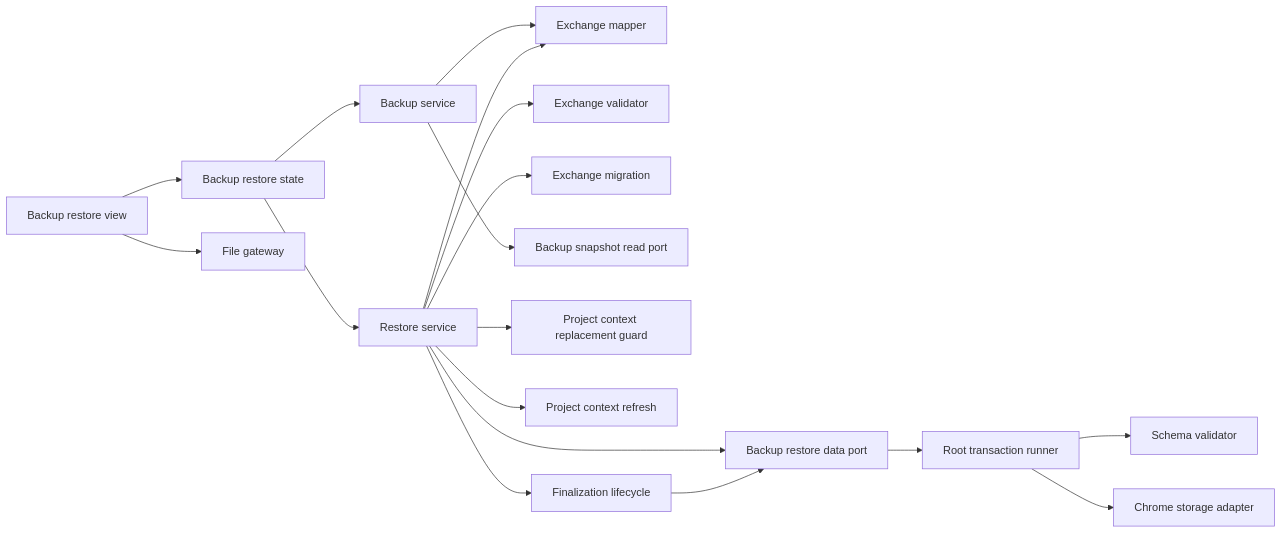
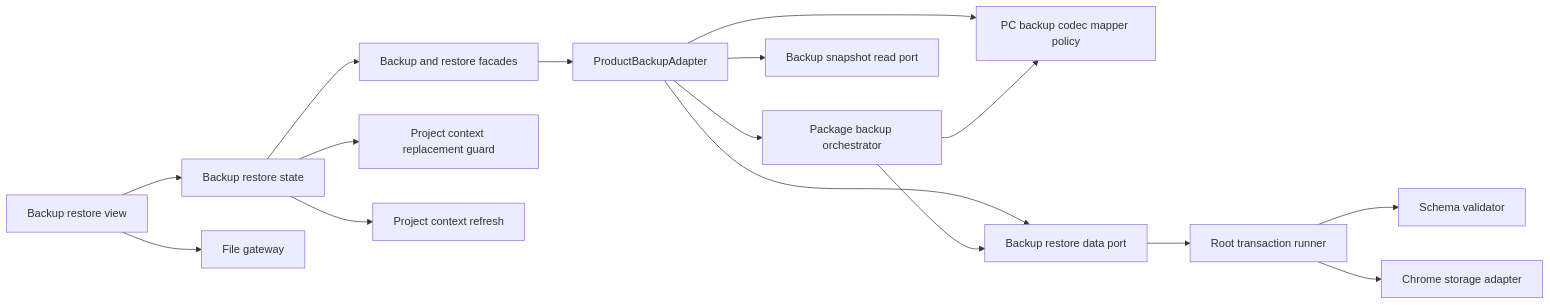
One commit to Huruikagi/pc-build-planner changed the first of 3 diagrams in .kiro/specs/backup-restore/design.md. Above: the diagram before and after it, drawn with Mermaid. The commit also changed other lines of this file and 85 other files, not shown here.

````diff
--- a/.kiro/specs/backup-restore/design.md
+++ b/.kiro/specs/backup-restore/design.md
@@ -86,20 +101,18 @@
 ```mermaid
 graph LR
     View[Backup restore view] --> State[Backup restore state]
     View --> File[File gateway]
-    State --> Export[Backup service]
-    State --> Restore[Restore service]
-    Export --> Mapper[Exchange mapper]
-    Restore --> Validator[Exchange validator]
-    Restore --> Migration[Exchange migration]
-    Restore --> Mapper
-    Export --> Snapshot[Backup snapshot read port]
-    Restore --> Guard[Project context replacement guard]
-    Restore --> Context[Project context refresh]
-    Restore --> Foundation[Backup restore data port]
-    Restore --> Finalize[Finalization lifecycle]
-    Finalize --> Foundation
+    State --> Facade[Backup and restore facades]
+    State --> Guard[Project context replacement guard]
+    State --> Context[Project context refresh]
+    Facade --> Adapter[ProductBackupAdapter]
+    Adapter --> Generic[Package backup orchestrator]
+    Adapter --> Codec[PC backup codec mapper policy]
+    Adapter --> Snapshot[Backup snapshot read port]
+    Adapter --> Foundation[Backup restore data port]
+    Generic --> Codec
+    Generic --> Foundation
     Foundation --> Runner[Root transaction runner]
     Runner --> Schema[Schema validator]
     Runner --> Storage[Chrome storage adapter]
 ```
````
